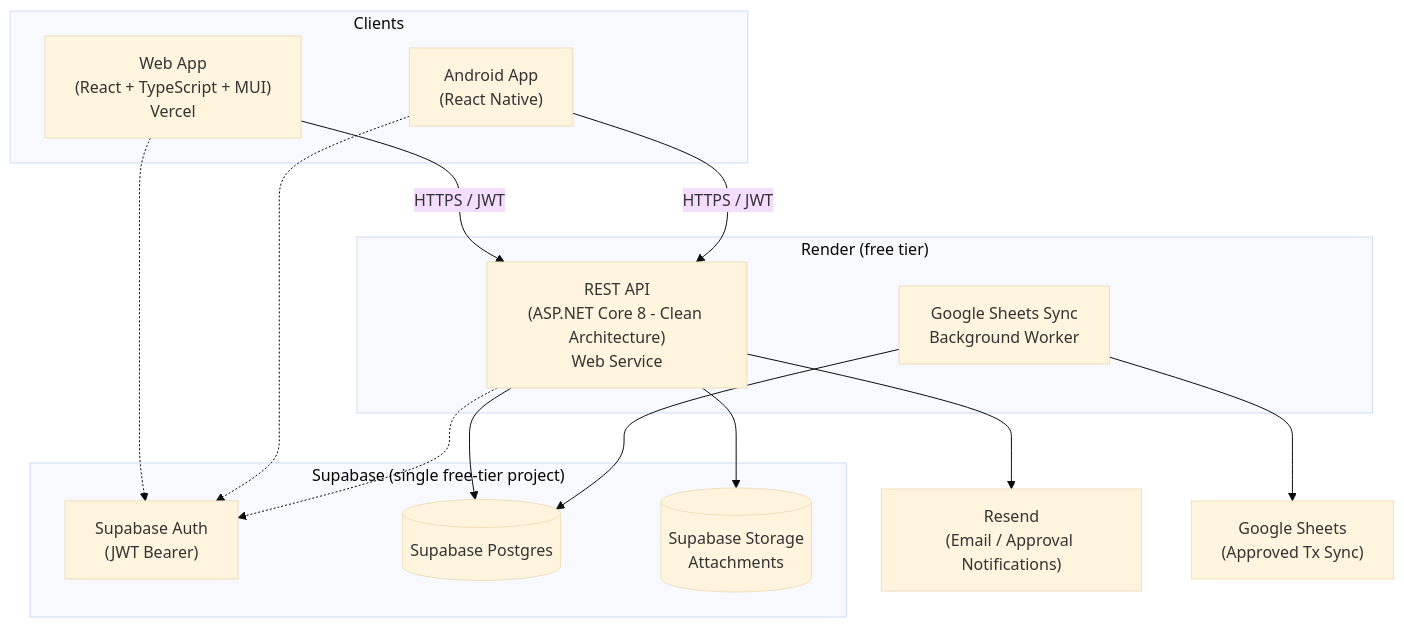
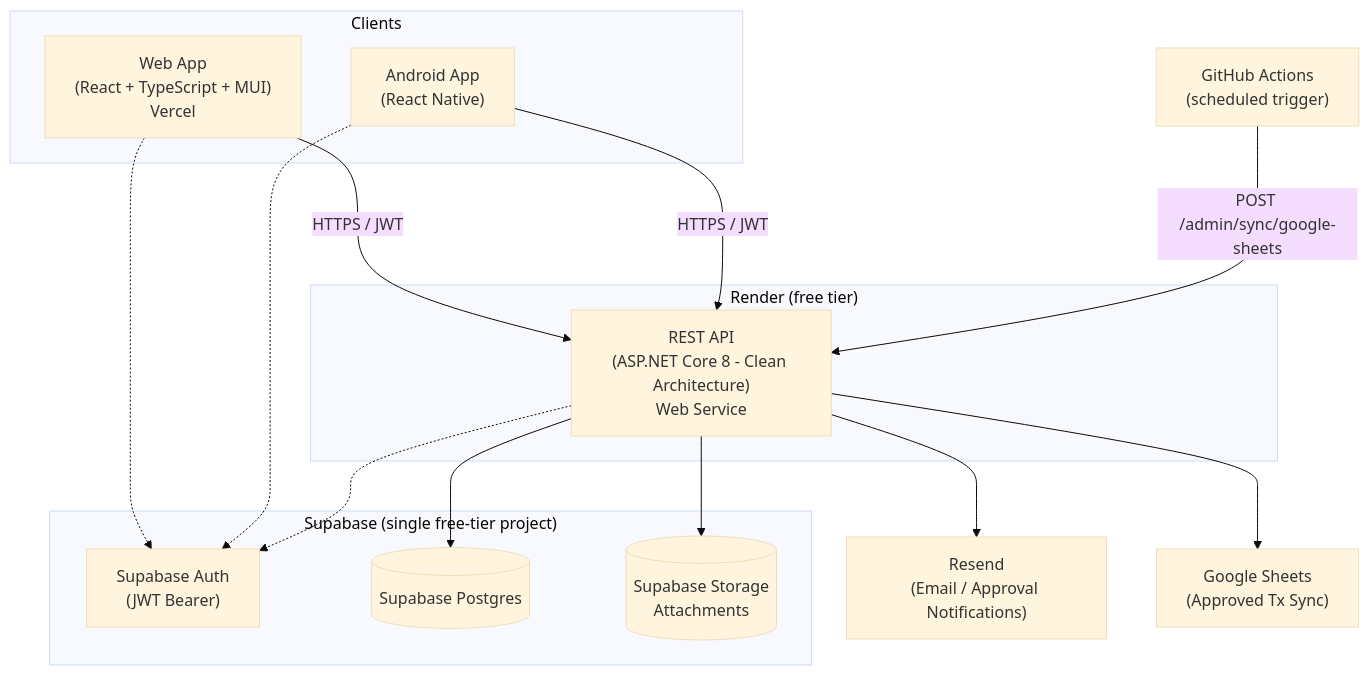
Before and after one commit to hanadikarunia-cell/FinanceLedgerPro: the diagram in README.md, drawn with Mermaid (base theme). The commit also changed other lines of this file and 12 other files, not shown here.

First line of the commit message:
Replace the Render Background Worker with a scheduled admin endpoint

````diff
--- a/README.md
+++ b/README.md
@@ -13,33 +13,33 @@
 ```mermaid
 flowchart TD
     subgraph Clients
         WEB["Web App<br/>(React + TypeScript + MUI)<br/>Vercel"]
         MOB["Android App<br/>(React Native)"]
     end
 
     subgraph Render["Render (free tier)"]
         API["REST API<br/>(ASP.NET Core 8 - Clean Architecture)<br/>Web Service"]
-        WORKER["Google Sheets Sync<br/>Background Worker"]
     end
 
     subgraph Supabase["Supabase (single free-tier project)"]
         AUTH["Supabase Auth<br/>(JWT Bearer)"]
         PG[("Supabase Postgres")]
         STORAGE[("Supabase Storage<br/>Attachments")]
     end
 
+    GHA["GitHub Actions<br/>(scheduled trigger)"]
     RESEND["Resend<br/>(Email / Approval Notifications)"]
     GSHEET["Google Sheets<br/>(Approved Tx Sync)"]
 
     WEB -->|HTTPS / JWT| API
     MOB -->|HTTPS / JWT| API
     WEB -.-> AUTH
     MOB -.-> AUTH
     API -.-> AUTH
 
     API --> PG
     API --> STORAGE
     API --> RESEND
-    WORKER --> PG
-    WORKER --> GSHEET
+    GHA -->|POST /admin/sync/google-sheets| API
+    API --> GSHEET
 ```
````
